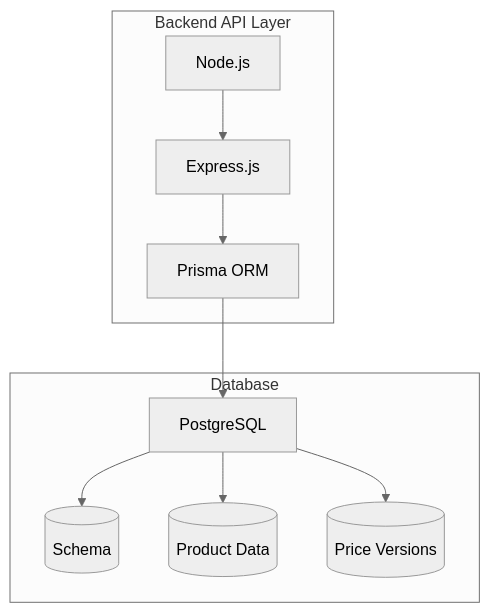
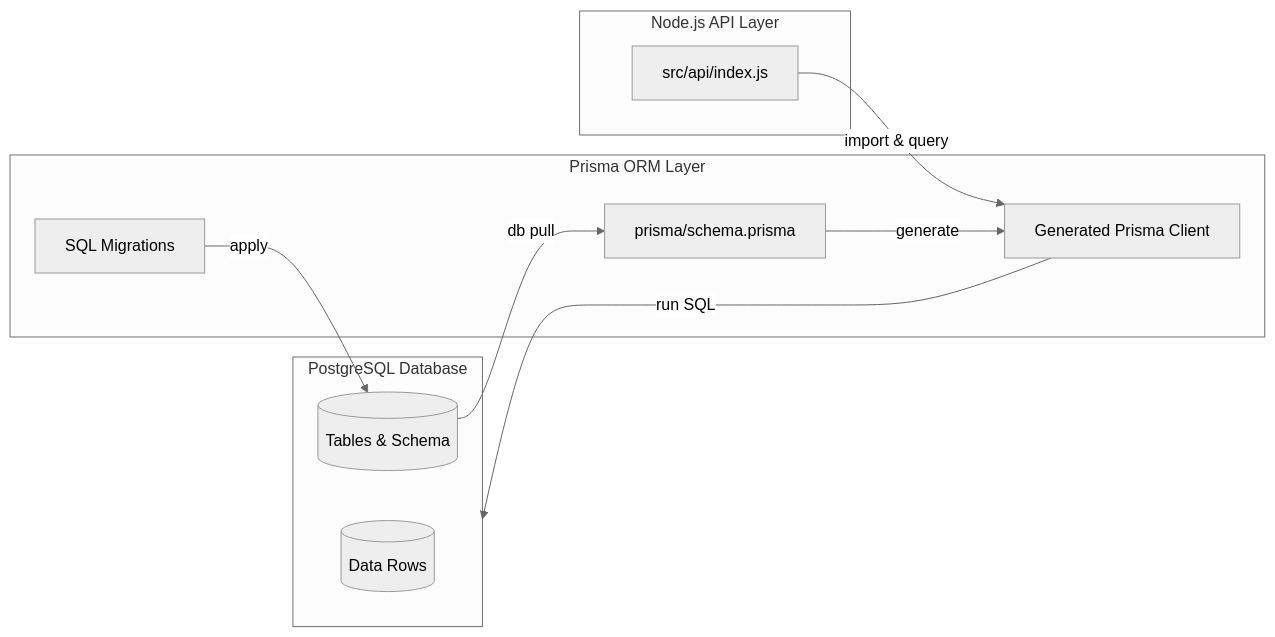
The diagram in README.md (hchia93/mock-store-payment-backend), drawn with Mermaid (neutral theme) before and after one commit. The commit also changed other lines of this file and 16 other files, not shown here.

````diff
--- a/README.md
+++ b/README.md
@@ -25,23 +48,26 @@
 ```mermaid
-flowchart TD
-    subgraph DB[Database]
-        A[PostgreSQL]
-        B[(Schema)]
-        C[(Product Data)]
-        D[(Price Versions)]
+flowchart LR 
+    subgraph DB[PostgreSQL Database]
+        TBL1[(Tables & Schema)]
+        DATA[(Data Rows)]
     end
 
-    subgraph API[Backend API Layer]
-        F[Node.js]
-        G[Express.js]
-        H[Prisma ORM]
+    subgraph Prisma[Prisma ORM Layer]
+        SCHEMA[prisma/schema.prisma]
+        MIGR[SQL Migrations]
+        CLIENT[Generated Prisma Client]
     end
 
-    A --> B
-    A --> C
-    A --> D
+    subgraph API[Node.js API Layer]
+        CODE[src/api/index.js]
+    end
 
-    F --> G
-    G --> H
-    H --> A
+    %% Database to Prisma
+    TBL1 -- db pull --> SCHEMA
+    SCHEMA -- generate --> CLIENT
+    MIGR -- apply --> TBL1
+
+    %% API layer usage
+    CODE -- import & query --> CLIENT
+    CLIENT -- run SQL --> DB
 ```
````
